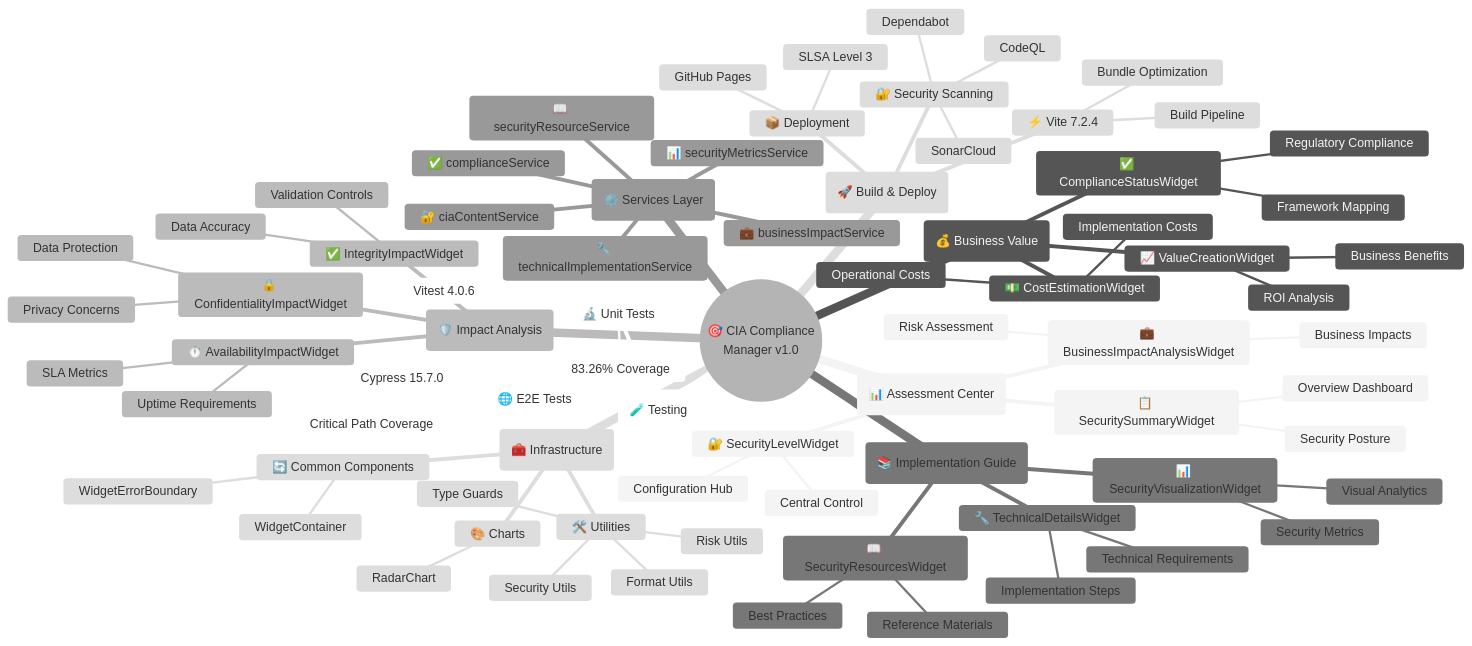
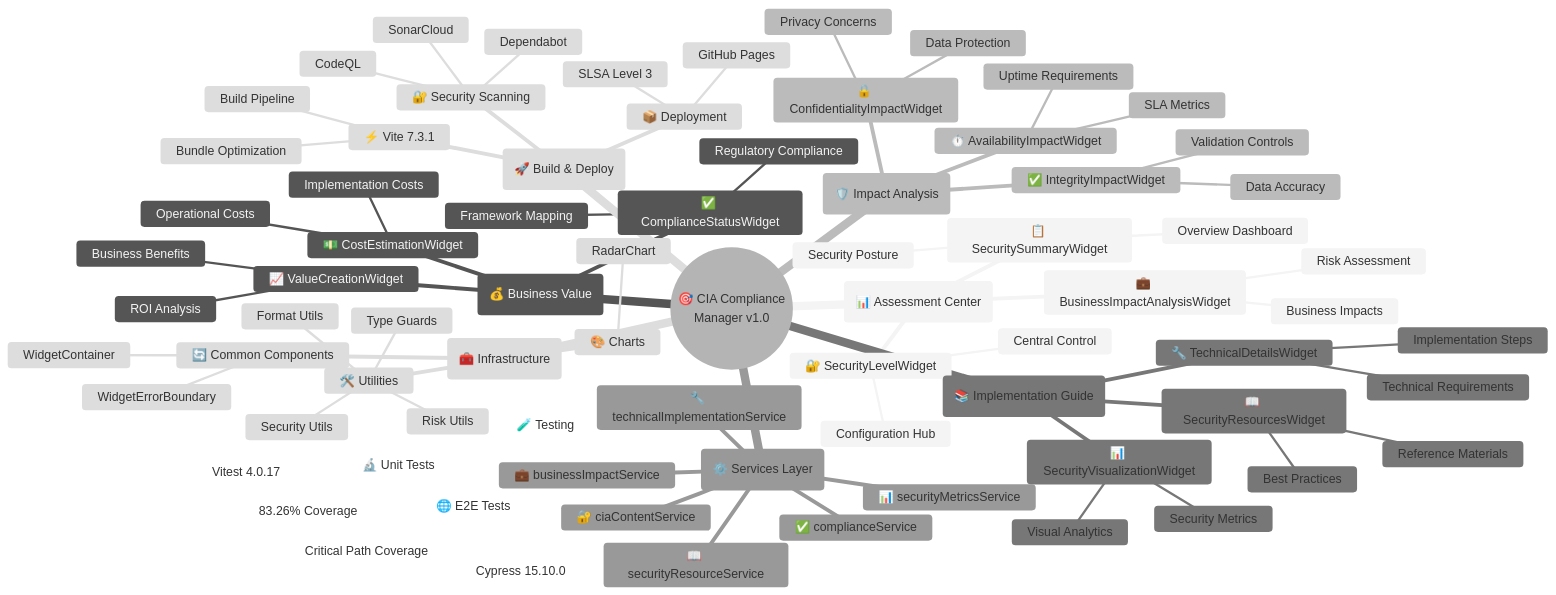
The first of 13 diagrams in docs/architecture/MINDMAP.md (Hack23/cia-compliance-manager), drawn with Mermaid (neutral theme) before and after one commit. The commit also changed other lines of this file and 9 other files, not shown here.

First line of the commit message:
docs: update architecture documents to accurately reflect current system (#974)

````diff
--- a/docs/architecture/MINDMAP.md
+++ b/docs/architecture/MINDMAP.md
@@ -93,80 +93,80 @@
 ```mermaid
 mindmap
   root((🎯 CIA Compliance<br/>Manager v1.0))
     (📊 Assessment Center)
       🔐 SecurityLevelWidget
         Configuration Hub
         Central Control
       📋 SecuritySummaryWidget
         Overview Dashboard
         Security Posture
       💼 BusinessImpactAnalysisWidget
         Risk Assessment
         Business Impacts
     (💰 Business Value)
       ✅ ComplianceStatusWidget
         Framework Mapping
         Regulatory Compliance
       💵 CostEstimationWidget
         Implementation Costs
         Operational Costs
       📈 ValueCreationWidget
         Business Benefits
         ROI Analysis
     (🛡️ Impact Analysis)
       🔒 ConfidentialityImpactWidget
         Data Protection
         Privacy Concerns
       ✅ IntegrityImpactWidget
         Data Accuracy
         Validation Controls
       ⏱️ AvailabilityImpactWidget
         Uptime Requirements
         SLA Metrics
     (📚 Implementation Guide)
       🔧 TechnicalDetailsWidget
         Technical Requirements
         Implementation Steps
       📖 SecurityResourcesWidget
         Reference Materials
         Best Practices
       📊 SecurityVisualizationWidget
         Security Metrics
         Visual Analytics
     (⚙️ Services Layer)
       🔐 ciaContentService
       💼 businessImpactService
       ✅ complianceService
       📊 securityMetricsService
       📖 securityResourceService
       🔧 technicalImplementationService
     (🧰 Infrastructure)
       🎨 Charts
         RadarChart
       🔄 Common Components
         WidgetContainer
         WidgetErrorBoundary
       🛠️ Utilities
         Security Utils
         Risk Utils
         Format Utils
         Type Guards
     (🧪 Testing)
       🔬 Unit Tests
-        Vitest 4.0.6
+        Vitest 4.0.17
         83.26% Coverage
       🌐 E2E Tests
-        Cypress 15.7.0
+        Cypress 15.10.0
         Critical Path Coverage
     (🚀 Build & Deploy)
-      ⚡ Vite 7.2.4
+      ⚡ Vite 7.3.1
         Build Pipeline
         Bundle Optimization
       🔐 Security Scanning
         SonarCloud
         CodeQL
         Dependabot
       📦 Deployment
         GitHub Pages
         SLSA Level 3
 ```
````
